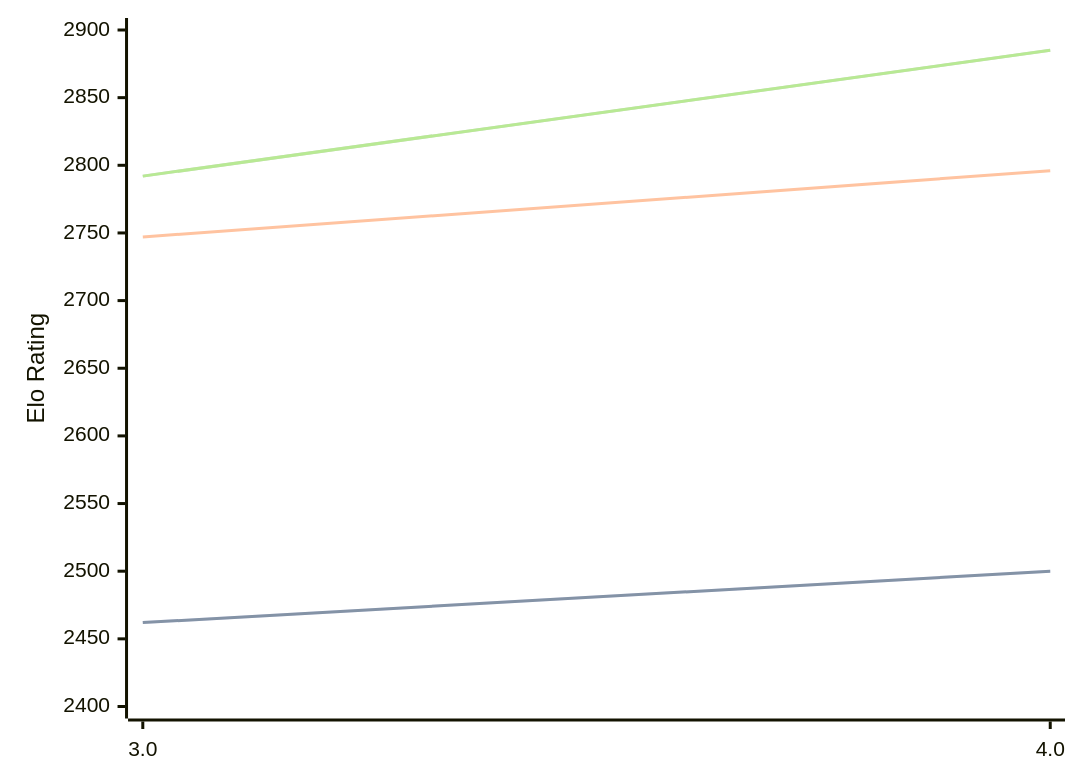
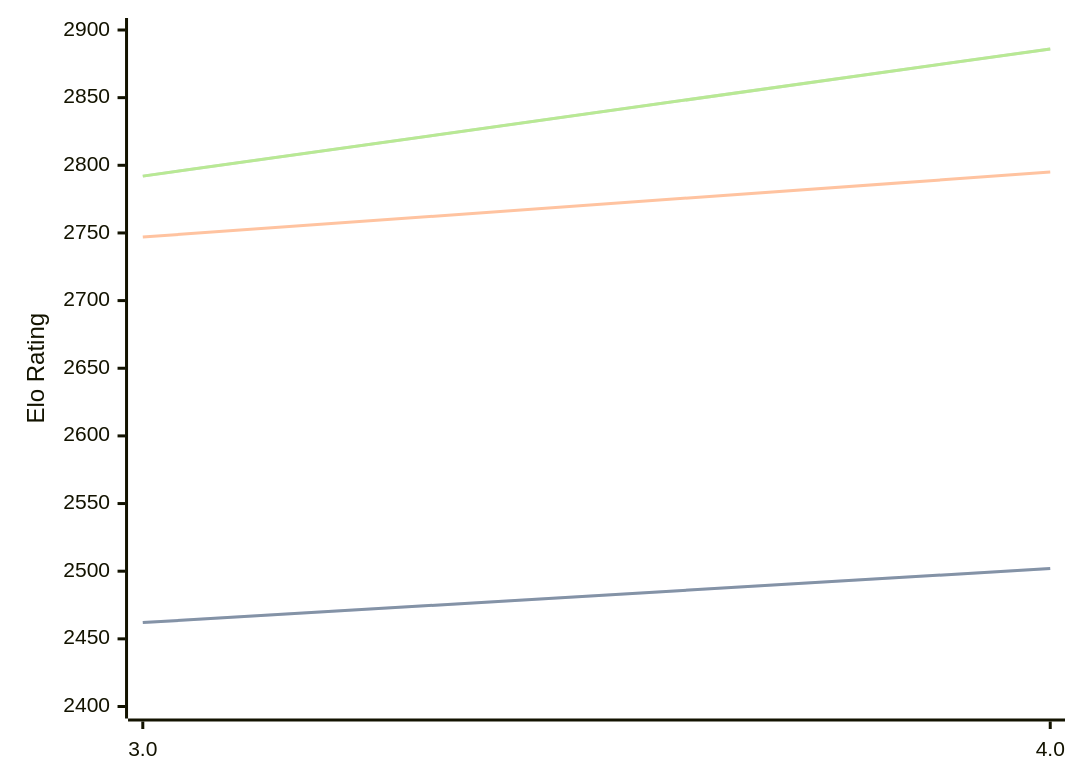
The third of 3 diagrams in engines/Chess3.md (computer-chess-index/cci), drawn with Mermaid before and after one commit. The commit also changed other lines of this file, not shown here.

Commit message:
Update CCI Ratings (ELO VLTC) - 2026-07-14

````diff
--- a/engines/Chess3.md
+++ b/engines/Chess3.md
@@ -67,11 +67,11 @@
 ```mermaid
 %%{init: {"theme":"base","themeVariables":{"seriesColors:['#a3a3a3','#222221','#faa371']}}}%%
 xychart-beta
   x-axis ["3.0", "4.0"]
   y-axis "Elo Rating" 2400 --> 2900
-  line "STC (8.0+0.08s)" [2462, 2500]
-  line "STC (8.0+0.08s)" [2462, 2500]
-  line "LTC (60.0+0.60s)" [2747, 2796]
-  line "VLTC (2m24s+1.12s)" [2792, 2885]
-  line "VLTC (2m24s+1.12s)" [2792, 2885]
+  line "STC (8.0+0.08s)" [2462, 2502]
+  line "STC (8.0+0.08s)" [2462, 2502]
+  line "LTC (60.0+0.60s)" [2747, 2795]
+  line "VLTC (2m24s+1.12s)" [2792, 2886]
+  line "VLTC (2m24s+1.12s)" [2792, 2886]
 ```
````
